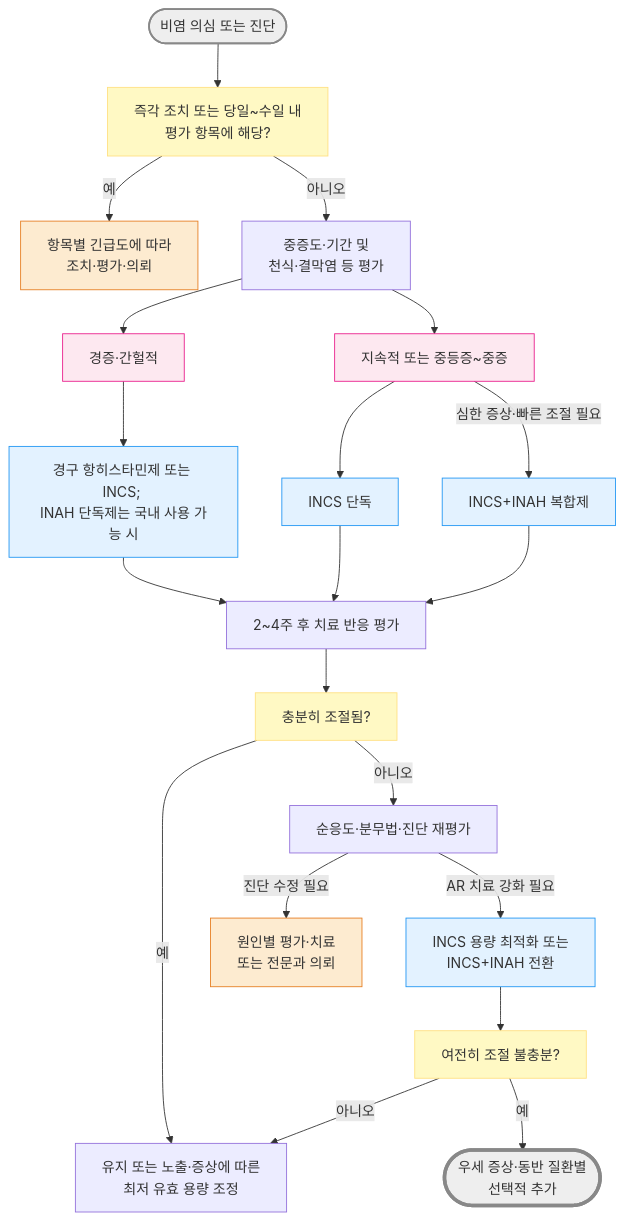
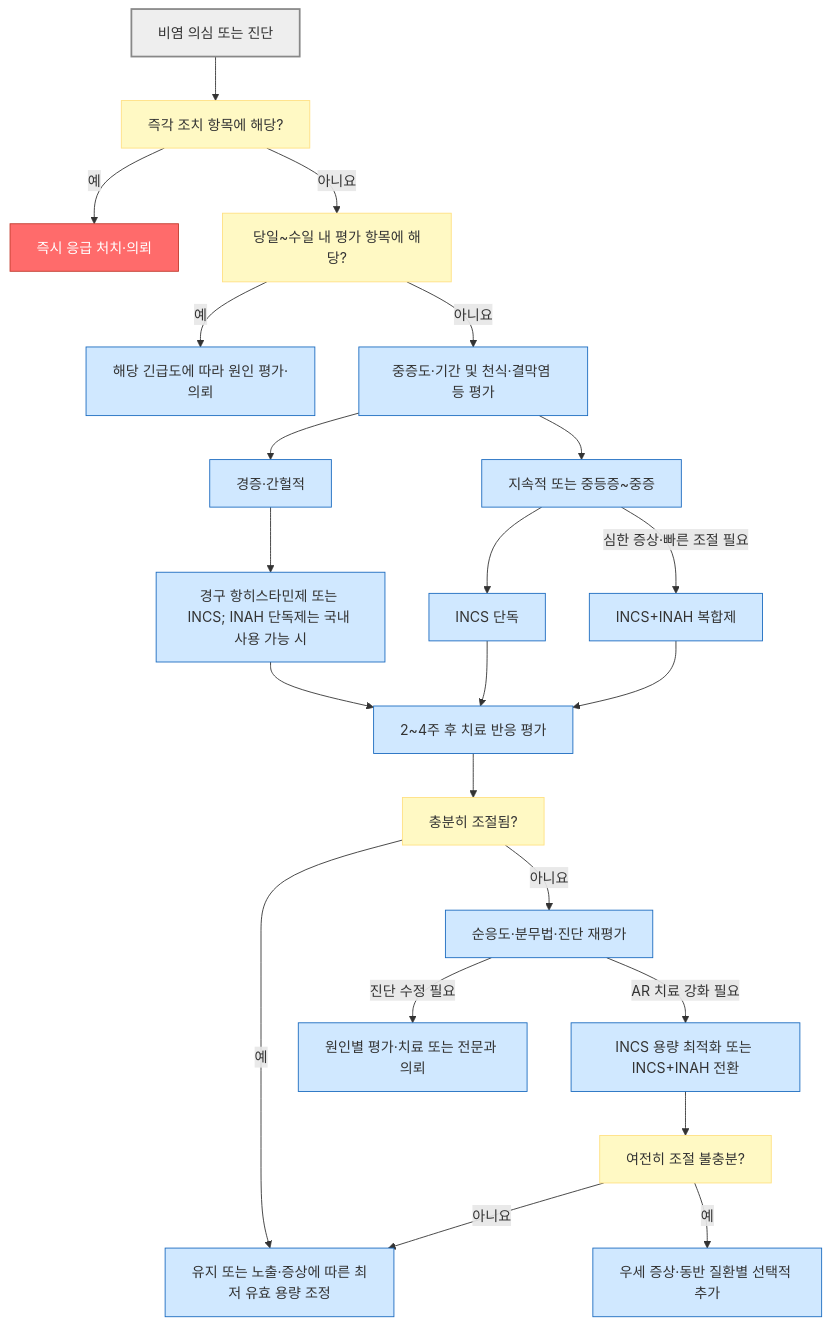
The first of 2 diagrams in 222_/051_-allergic-rhinitis.md (familyoh77/familyoh77), drawn with Mermaid before and after one commit. The commit also changed other lines of this file and 13 other files, not shown here.

````diff
--- a/222_/051_-allergic-rhinitis.md
+++ b/222_/051_-allergic-rhinitis.md
@@ -242,33 +242,32 @@
 ```mermaid
-graph TD
-    Start(["비염 의심 또는 진단"]) --> RedQ["즉각 조치 또는 당일~수일 내 <br/>평가 항목에 해당?"]
-    RedQ -->|예| Urgent["항목별 긴급도에 따라 <br/>조치·평가·의뢰"]
-    RedQ -->|아니오| Assess["중증도·기간 및 <br/>천식·결막염 등 평가"]
+flowchart TD
+    Start["비염 의심 또는 진단"] --> RedQ["즉각 조치 항목에 해당?"]
+    RedQ -- "예" --> Emergency["즉시 응급 처치·의뢰"]
+    RedQ -- "아니요" --> EarlyQ["당일~수일 내 평가 항목에 해당?"]
+    EarlyQ -- "예" --> Urgent["해당 긴급도에 따라 원인 평가·의뢰"]
+    EarlyQ -- "아니요" --> Assess["중증도·기간 및 천식·결막염 등 평가"]
     Assess --> Mild["경증·간헐적"]
     Assess --> ModSev["지속적 또는 중등증~중증"]
-    Mild --> AH["경구 항히스타민제 또는 INCS; <br/>INAH 단독제는 국내 사용 가능 시"]
+    Mild --> AH["경구 항히스타민제 또는 INCS; INAH 단독제는 국내 사용 가능 시"]
     ModSev --> INCS0["INCS 단독"]
-    ModSev -->|심한 증상·빠른 조절 필요| Combo0["INCS+INAH 복합제"]
+    ModSev -- "심한 증상·빠른 조절 필요" --> Combo0["INCS+INAH 복합제"]
     AH --> Review1["2~4주 후 치료 반응 평가"]
     INCS0 --> Review1
     Combo0 --> Review1
     Review1 --> Control1["충분히 조절됨?"]
-    Control1 -->|예| Maintain["유지 또는 노출·증상에 따른 <br/>최저 유효 용량 조정"]
-    Control1 -->|아니오| Check1["순응도·분무법·진단 재평가"]
-    Check1 -->|진단 수정 필요| Refer["원인별 평가·치료 <br/>또는 전문과 의뢰"]
-    Check1 -->|AR 치료 강화 필요| Combine["INCS 용량 최적화 또는 <br/>INCS+INAH 전환"]
+    Control1 -- "예" --> Maintain["유지 또는 노출·증상에 따른 최저 유효 용량 조정"]
+    Control1 -- "아니요" --> Check1["순응도·분무법·진단 재평가"]
+    Check1 -- "진단 수정 필요" --> Refer["원인별 평가·치료 또는 전문과 의뢰"]
+    Check1 -- "AR 치료 강화 필요" --> Combine["INCS 용량 최적화 또는 INCS+INAH 전환"]
     Combine --> Control2["여전히 조절 불충분?"]
-    Control2 -->|아니오| Maintain
-    Control2 -->|예| Symptoms(["우세 증상·동반 질환별 <br/>선택적 추가"])
-
-    style Start fill:#eeeeee,stroke:#888888,stroke-width:2px
-    classDef yellow fill:#fff9c4,stroke:#ffe082
-    class RedQ,Control1,Control2 yellow
-    classDef sky fill:#e3f2ff,stroke:#2196f3
-    class INCS0,Combo0,AH,Combine sky
-    classDef orange fill:#fdebd0,stroke:#e67e22
-    class Urgent,Refer orange
-    classDef pink fill:#fde8f0,stroke:#e91e8c
-    class Mild,ModSev pink
-    style Symptoms fill:#eeeeee,stroke:#888888,stroke-width:4px
+    Control2 -- "아니요" --> Maintain
+    Control2 -- "예" --> Symptoms["우세 증상·동반 질환별 선택적 추가"]
+    classDef start fill:#eeeeee,stroke:#888888,stroke-width:2px
+    classDef question fill:#fff9c4,stroke:#ffe082
+    classDef emergency fill:#ff6b6b,stroke:#c0392b,color:#ffffff
+    classDef action fill:#d0e8ff,stroke:#1a6abf
+    class Start start
+    class RedQ,EarlyQ,Control1,Control2 question
+    class Emergency emergency
+    class Urgent,Assess,Mild,ModSev,AH,INCS0,Combo0,Review1,Maintain,Check1,Refer,Combine,Symptoms action
 ```
````
